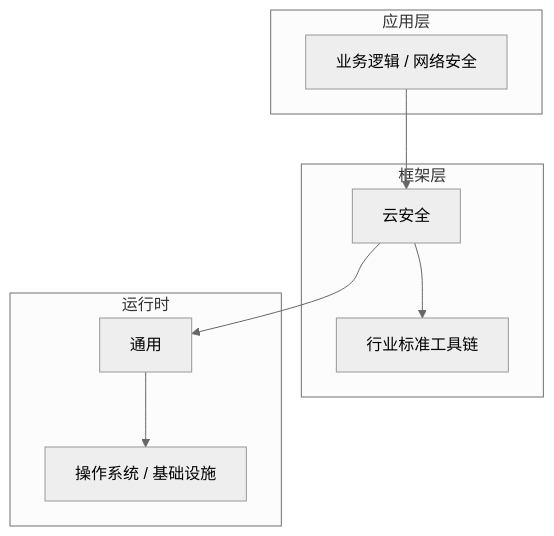
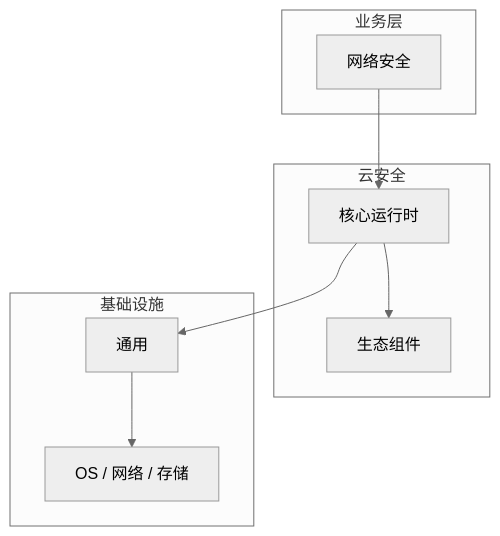
One commit to yanggan2015/knowledge-json-v2 changed the diagram in articles/云安全/chapters/025-网络安全核心概念与原理.md. Above: the diagram before and after it, drawn with Mermaid (neutral theme). The commit also changed other lines of this file and 10127 other files, not shown here.

````diff
--- a/articles/云安全/chapters/025-网络安全核心概念与原理.md
+++ b/articles/云安全/chapters/025-网络安全核心概念与原理.md
@@ -46,18 +31,18 @@
 ```mermaid
 graph TB
-    subgraph 应用层
-        A[业务逻辑 / 网络安全]
+    subgraph 业务层
+        A[网络安全]
     end
-    subgraph 框架层
-        B[云安全]
-        C[行业标准工具链]
+    subgraph 云安全
+        B[核心运行时]
+        C[生态组件]
     end
-    subgraph 运行时
+    subgraph 基础设施
         D[通用]
-        E[操作系统 / 基础设施]
+        E[OS / 网络 / 存储]
     end
     A --> B
     B --> C
     B --> D
     D --> E
 ```
````
